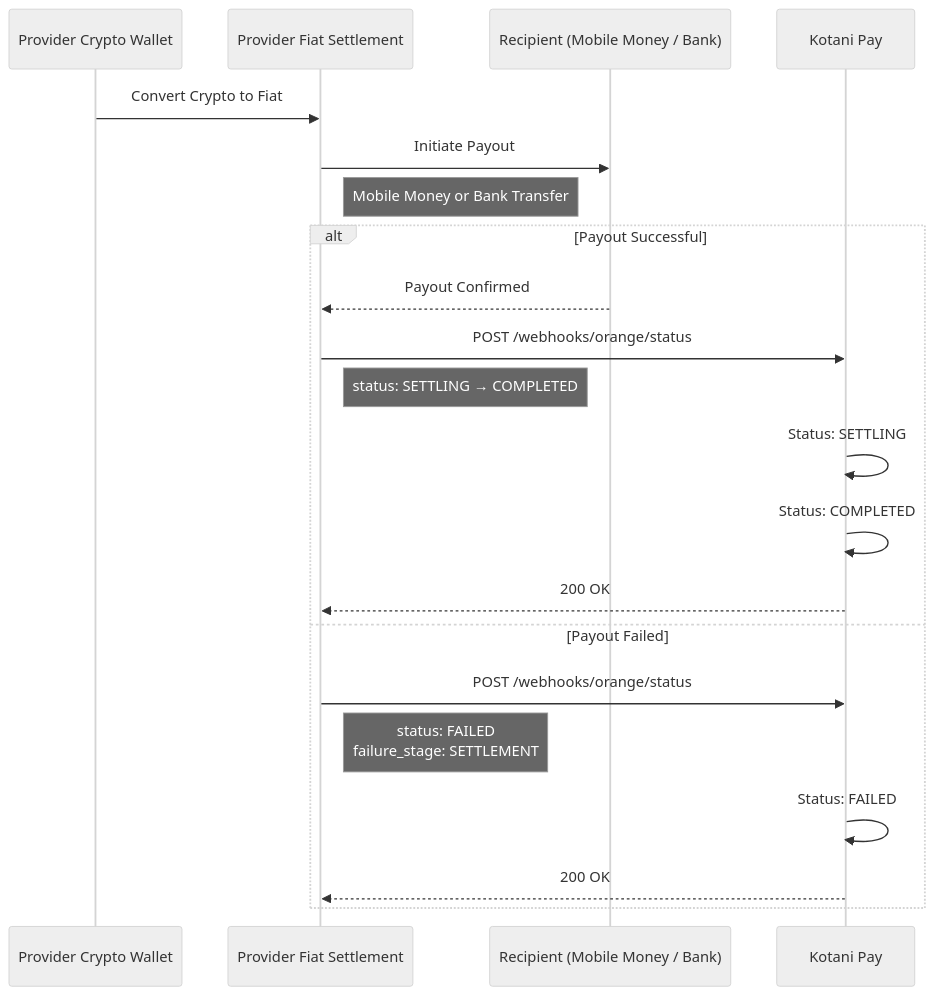
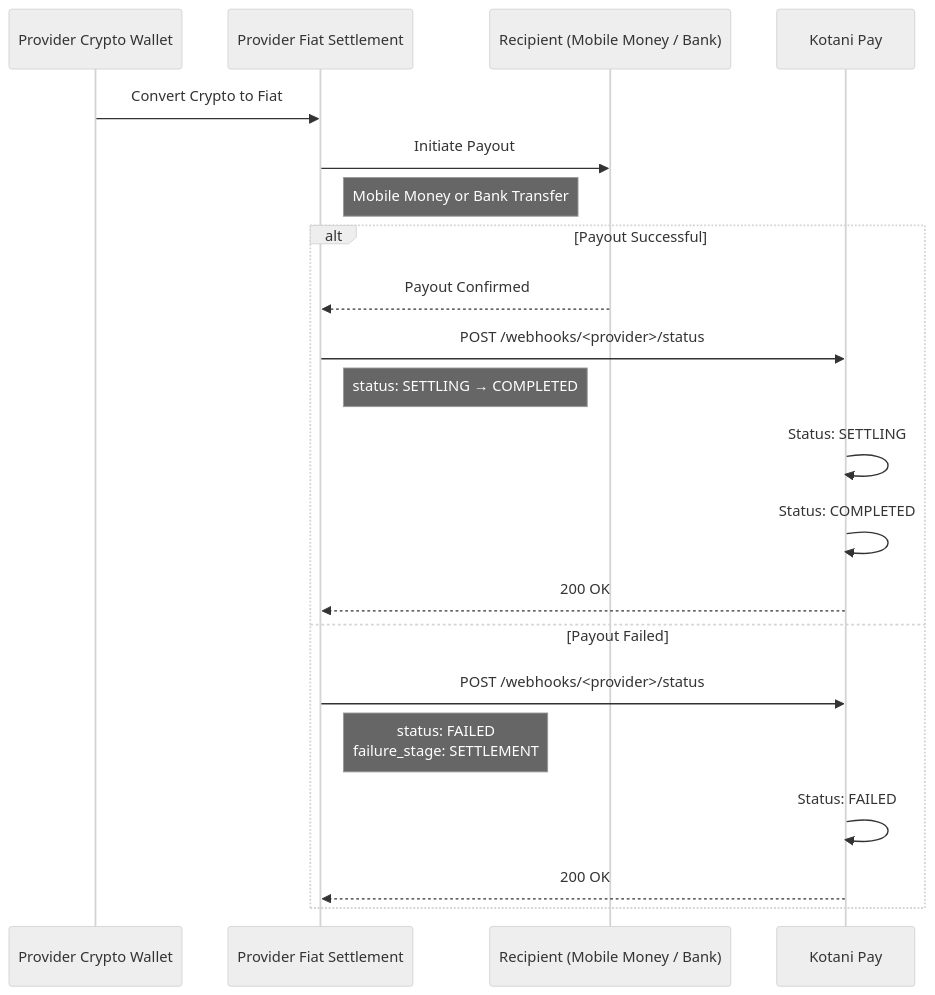
One commit to john-muinde/docs changed the third of 5 diagrams in v3/flows/crypto-bridge-flow.mdx. Above: the diagram before and after it, drawn with Mermaid (neutral theme). The commit also changed other lines of this file, not shown here.

Commit message:
refactor: generalize provider references in crypto bridge flow documentation

````diff
--- a/v3/flows/crypto-bridge-flow.mdx
+++ b/v3/flows/crypto-bridge-flow.mdx
@@ -96,26 +96,26 @@
 ```mermaid
 sequenceDiagram
     participant Provider as Provider Crypto Wallet
     participant ProviderFiat as Provider Fiat Settlement
     participant Recipient as Recipient (Mobile Money / Bank)
     participant Kotani Pay
 
     Provider->>ProviderFiat: Convert Crypto to Fiat
     ProviderFiat->>Recipient: Initiate Payout
     Note right of ProviderFiat: Mobile Money or Bank Transfer
 
     alt Payout Successful
         Recipient-->>ProviderFiat: Payout Confirmed
-        ProviderFiat->>Kotani Pay: POST /webhooks/orange/status
+        ProviderFiat->>Kotani Pay: POST /webhooks/<provider>/status
         Note right of ProviderFiat: status: SETTLING → COMPLETED
         Kotani Pay->>Kotani Pay: Status: SETTLING
         Kotani Pay->>Kotani Pay: Status: COMPLETED
         Kotani Pay-->>ProviderFiat: 200 OK
 
     else Payout Failed
-        ProviderFiat->>Kotani Pay: POST /webhooks/orange/status
+        ProviderFiat->>Kotani Pay: POST /webhooks/<provider>/status
         Note right of ProviderFiat: status: FAILED<br/>failure_stage: SETTLEMENT
         Kotani Pay->>Kotani Pay: Status: FAILED
         Kotani Pay-->>ProviderFiat: 200 OK
     end
 ```
````
